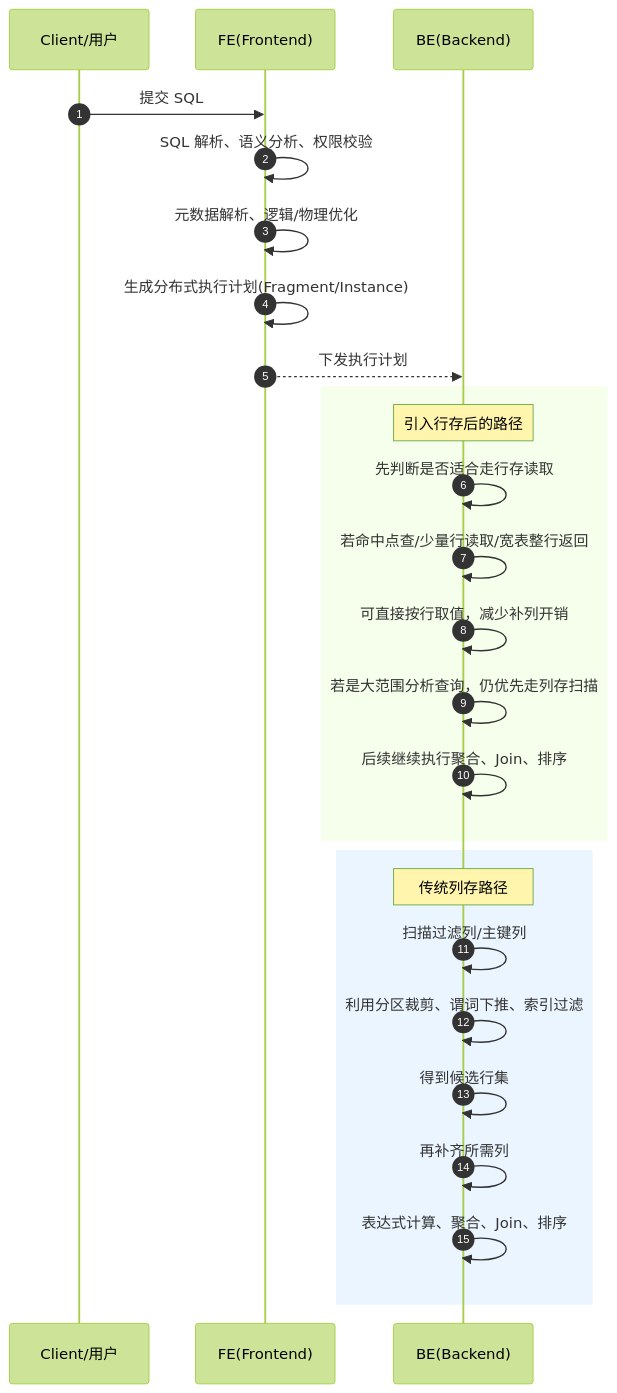
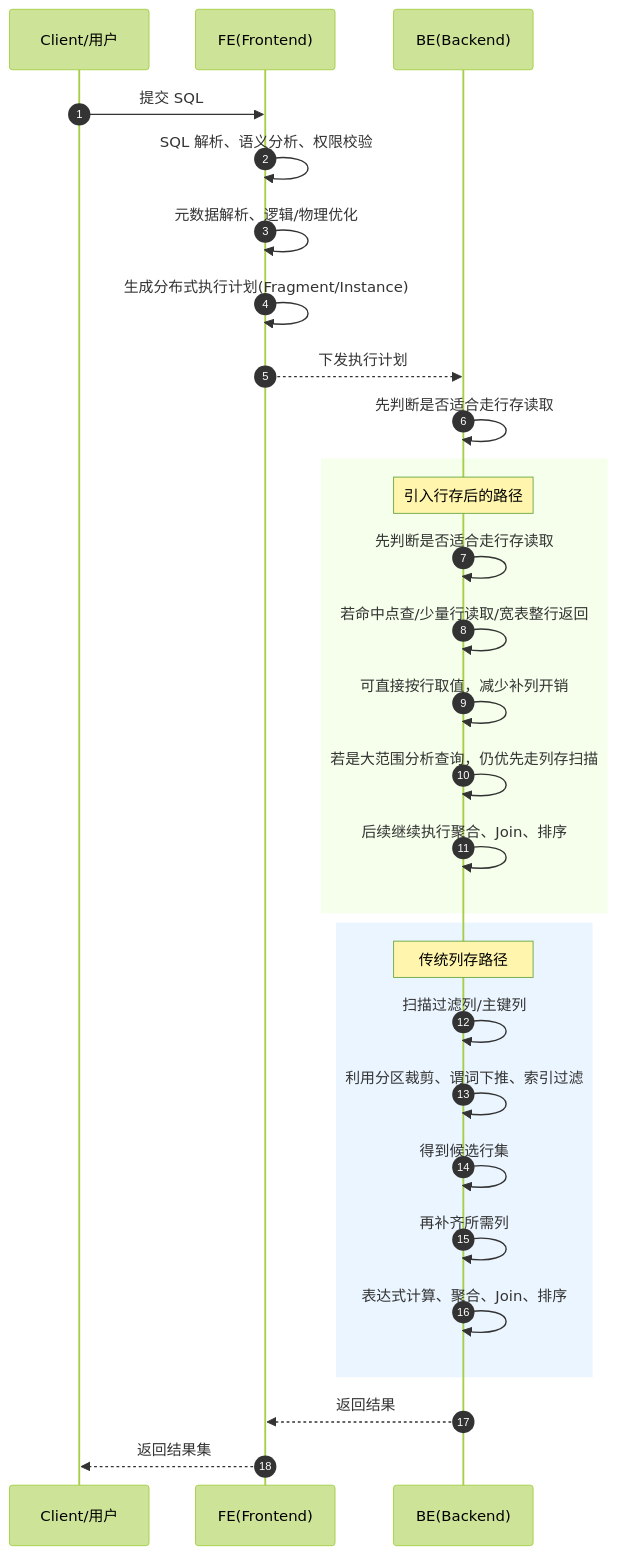
One commit to HY-10-8/iodraw-files changed the diagram in all/未命名-4.md. Above: the diagram before and after it, drawn with Mermaid (forest theme).

Commit message:
2026-04-22 17:36:48 update

````diff
--- a/all/未命名-4.md
+++ b/all/未命名-4.md
@@ -1,42 +1,47 @@
 ```mermaid
 sequenceDiagram
     autonumber
 
     participant Client as Client/用户
     participant FE as FE(Frontend)
     participant BE as BE(Backend)
     
     Client->>FE: 提交 SQL
     FE->>FE: SQL 解析、语义分析、权限校验
     FE->>FE: 元数据解析、逻辑/物理优化
     FE->>FE: 生成分布式执行计划(Fragment/Instance)
     FE-->>BE: 下发执行计划
+    
+        BE->>BE: 先判断是否适合走行存读取
 
     rect rgb(245,255,235)
         Note over BE: 引入行存后的路径
         BE->>BE: 先判断是否适合走行存读取
         BE->>BE: 若命中点查/少量行读取/宽表整行返回
         BE->>BE: 可直接按行取值，减少补列开销
         BE->>BE: 若是大范围分析查询，仍优先走列存扫描
         BE->>BE: 后续继续执行聚合、Join、排序
     end
 
 
     rect rgb(235,245,255)
         Note over BE: 传统列存路径
         BE->>BE: 扫描过滤列/主键列
         BE->>BE: 利用分区裁剪、谓词下推、索引过滤
         BE->>BE: 得到候选行集
         BE->>BE: 再补齐所需列
         BE->>BE: 表达式计算、聚合、Join、排序
     end
 
+    BE-->>FE: 返回结果
+    FE-->>Client: 返回结果集
+
 
 
 
 
 
 
 
 
 ```
````
